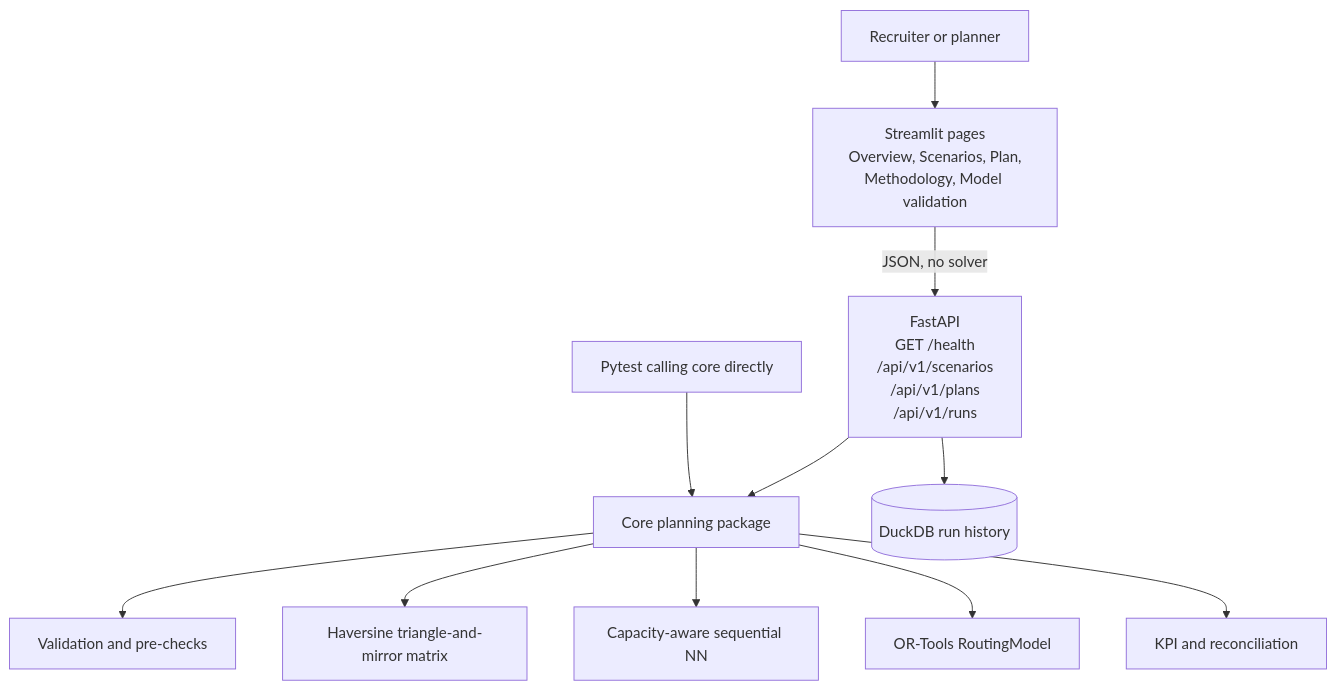
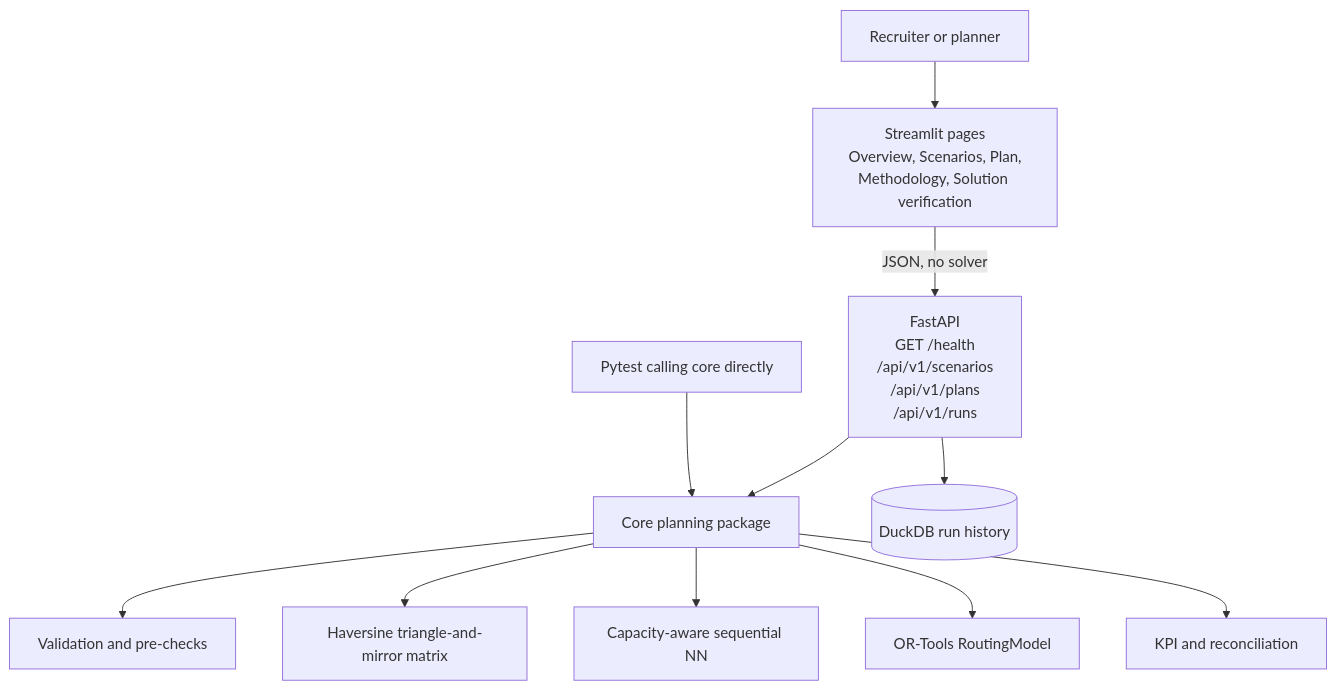
One commit to syeddanishali17/LastMileLab2 changed the diagram in docs/architecture.md. Above: the diagram before and after it, drawn with Mermaid. The commit also changed other lines of this file and 9 other files, not shown here.

````diff
--- a/docs/architecture.md
+++ b/docs/architecture.md
@@ -29,25 +29,25 @@
 ```mermaid
 flowchart TD
   user[Recruiter or planner]
-  ui[Streamlit pages<br/>Overview, Scenarios, Plan,<br/>Methodology, Model validation]
+  ui[Streamlit pages<br/>Overview, Scenarios, Plan,<br/>Methodology, Solution verification]
   api[FastAPI<br/>GET /health<br/>/api/v1/scenarios<br/>/api/v1/plans<br/>/api/v1/runs]
   core[Core planning package]
   val[Validation and pre-checks]
   dist[Haversine triangle-and-mirror matrix]
   nn[Capacity-aware sequential NN]
   ort[OR-Tools RoutingModel]
   kpi[KPI and reconciliation]
   db[(DuckDB run history)]
   tests[Pytest calling core directly]
 
   user --> ui
   ui -->|JSON, no solver| api
   api --> core
   core --> val
   core --> dist
   core --> nn
   core --> ort
   core --> kpi
   api --> db
   tests --> core
 ```
````
